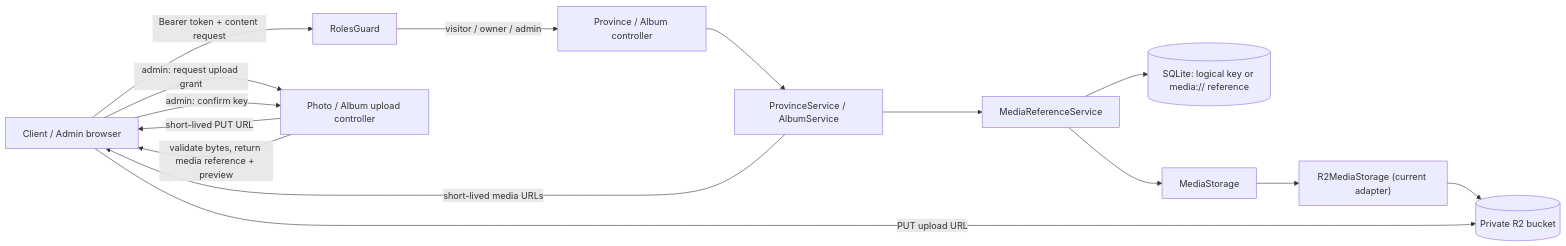
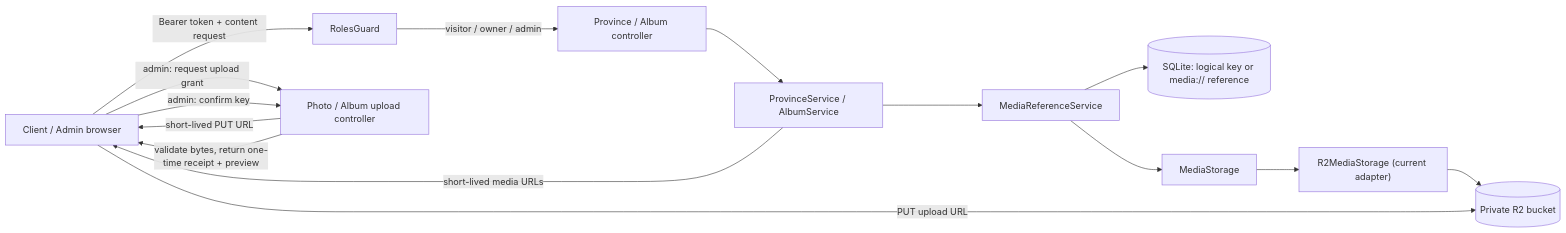
Before and after one commit to YoungerYang-Y/secret-space: the diagram in docs/active/0.1.0/remediation/dr-001-private-media/design.md, drawn with Mermaid. The commit also changed other lines of this file and 5 other files, not shown here.

````diff
--- a/docs/active/0.1.0/remediation/dr-001-private-media/design.md
+++ b/docs/active/0.1.0/remediation/dr-001-private-media/design.md
@@ -27,17 +27,17 @@
 ```mermaid
 flowchart LR
     Browser["Client / Admin browser"] -->|"Bearer token + content request"| Guard["RolesGuard"]
     Guard -->|"visitor / owner / admin"| Controller["Province / Album controller"]
     Controller --> Service["ProvinceService / AlbumService"]
     Service --> Ref["MediaReferenceService"]
     Ref --> DB[("SQLite: logical key or media:// reference")]
     Ref --> Storage["MediaStorage"]
     Storage --> Adapter["R2MediaStorage (current adapter)"]
     Adapter --> R2[("Private R2 bucket")]
     Service -->|"short-lived media URLs"| Browser
     Browser -->|"admin: request upload grant"| Upload["Photo / Album upload controller"]
     Upload -->|"short-lived PUT URL"| Browser
     Browser -->|"PUT upload URL"| R2
     Browser -->|"admin: confirm key"| Upload
-    Upload -->|"validate bytes, return media reference + preview"| Browser
+    Upload -->|"validate bytes, return one-time receipt + preview"| Browser
 ```
````
